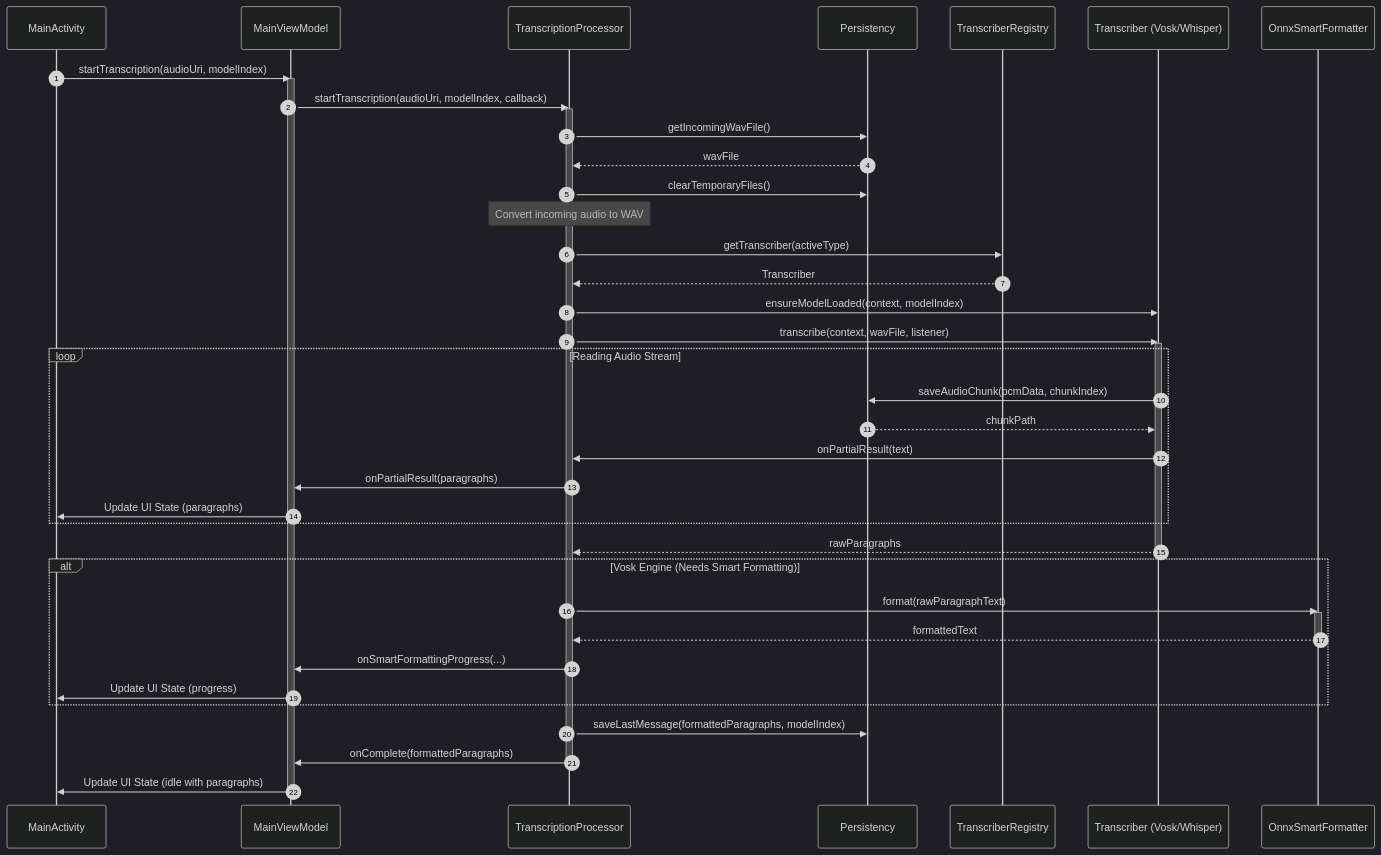
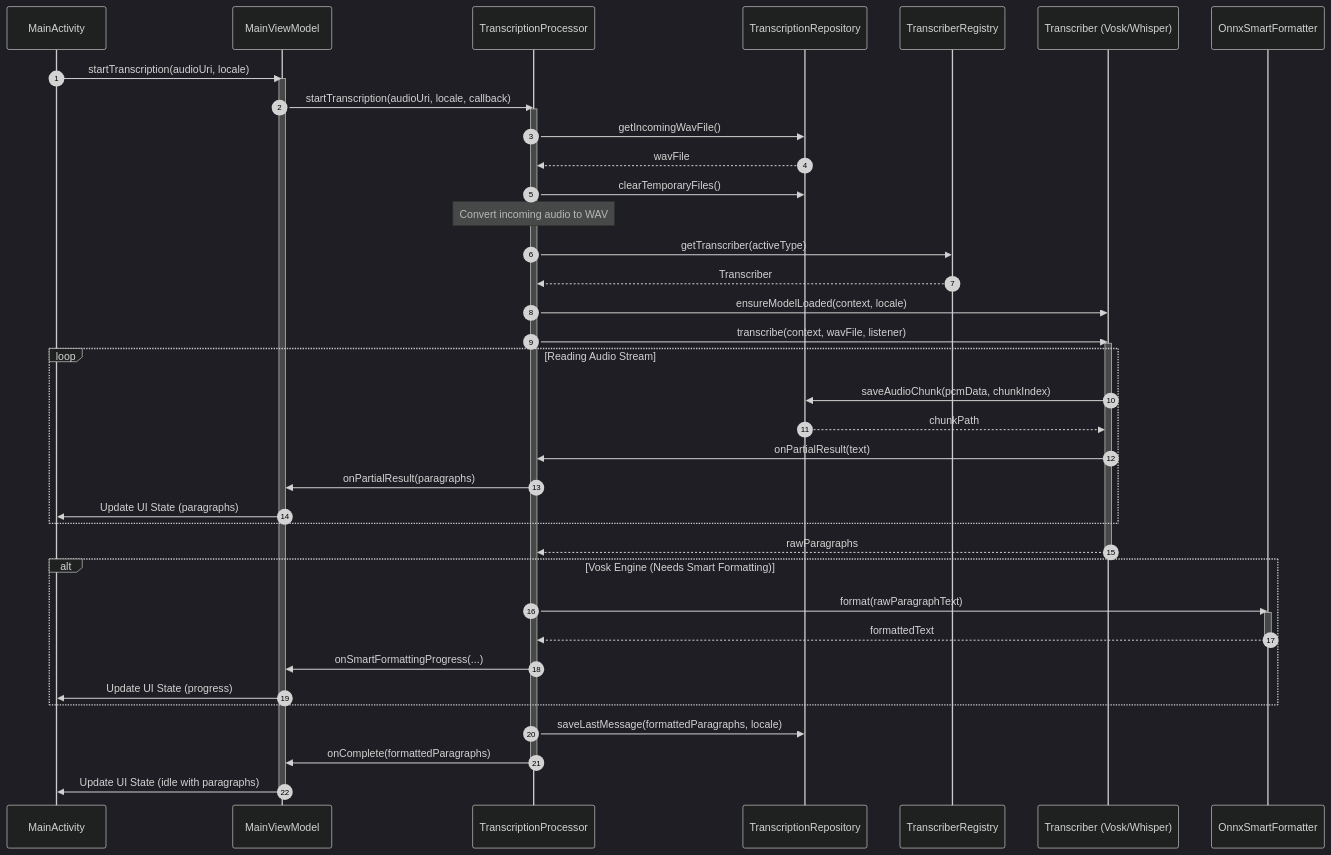
The diagram in AintListening/openwiki/architecture/overview.md (switch-consulting/AintListening), drawn with Mermaid (dark theme) before and after one commit. The commit also changed other lines of this file and 10 other files, not shown here.

````diff
--- a/AintListening/openwiki/architecture/overview.md
+++ b/AintListening/openwiki/architecture/overview.md
@@ -56,52 +56,52 @@
 ```mermaid
 sequenceDiagram
     autonumber
     participant UI as MainActivity
     participant VM as MainViewModel
     participant TP as TranscriptionProcessor
-    participant PE as Persistency
+    participant RE as TranscriptionRepository
     participant TR as TranscriberRegistry
     participant T as Transcriber (Vosk/Whisper)
     participant SF as OnnxSmartFormatter
 
-    UI->>VM: startTranscription(audioUri, modelIndex)
+    UI->>VM: startTranscription(audioUri, locale)
     activate VM
-    VM->>TP: startTranscription(audioUri, modelIndex, callback)
+    VM->>TP: startTranscription(audioUri, locale, callback)
     activate TP
-    TP->>PE: getIncomingWavFile()
-    PE-->>TP: wavFile
-    TP->>PE: clearTemporaryFiles()
+    TP->>RE: getIncomingWavFile()
+    RE-->>TP: wavFile
+    TP->>RE: clearTemporaryFiles()
     
     Note over TP: Convert incoming audio to WAV
     
     TP->>TR: getTranscriber(activeType)
     TR-->>TP: Transcriber
-    TP->>T: ensureModelLoaded(context, modelIndex)
+    TP->>T: ensureModelLoaded(context, locale)
     
     TP->>T: transcribe(context, wavFile, listener)
     activate T
     loop Reading Audio Stream
-        T->>PE: saveAudioChunk(pcmData, chunkIndex)
-        PE-->>T: chunkPath
+        T->>RE: saveAudioChunk(pcmData, chunkIndex)
+        RE-->>T: chunkPath
         T->>TP: onPartialResult(text)
         TP->>VM: onPartialResult(paragraphs)
         VM->>UI: Update UI State (paragraphs)
     end
     T-->>TP: rawParagraphs
     deactivate T
 
     alt Vosk Engine (Needs Smart Formatting)
         TP->>SF: format(rawParagraphText)
         activate SF
         SF-->>TP: formattedText
         deactivate SF
         TP->>VM: onSmartFormattingProgress(...)
         VM->>UI: Update UI State (progress)
     end
 
-    TP->>PE: saveLastMessage(formattedParagraphs, modelIndex)
+    TP->>RE: saveLastMessage(formattedParagraphs, locale)
     TP->>VM: onComplete(formattedParagraphs)
     deactivate TP
     VM->>UI: Update UI State (idle with paragraphs)
     deactivate VM
 ```
````
